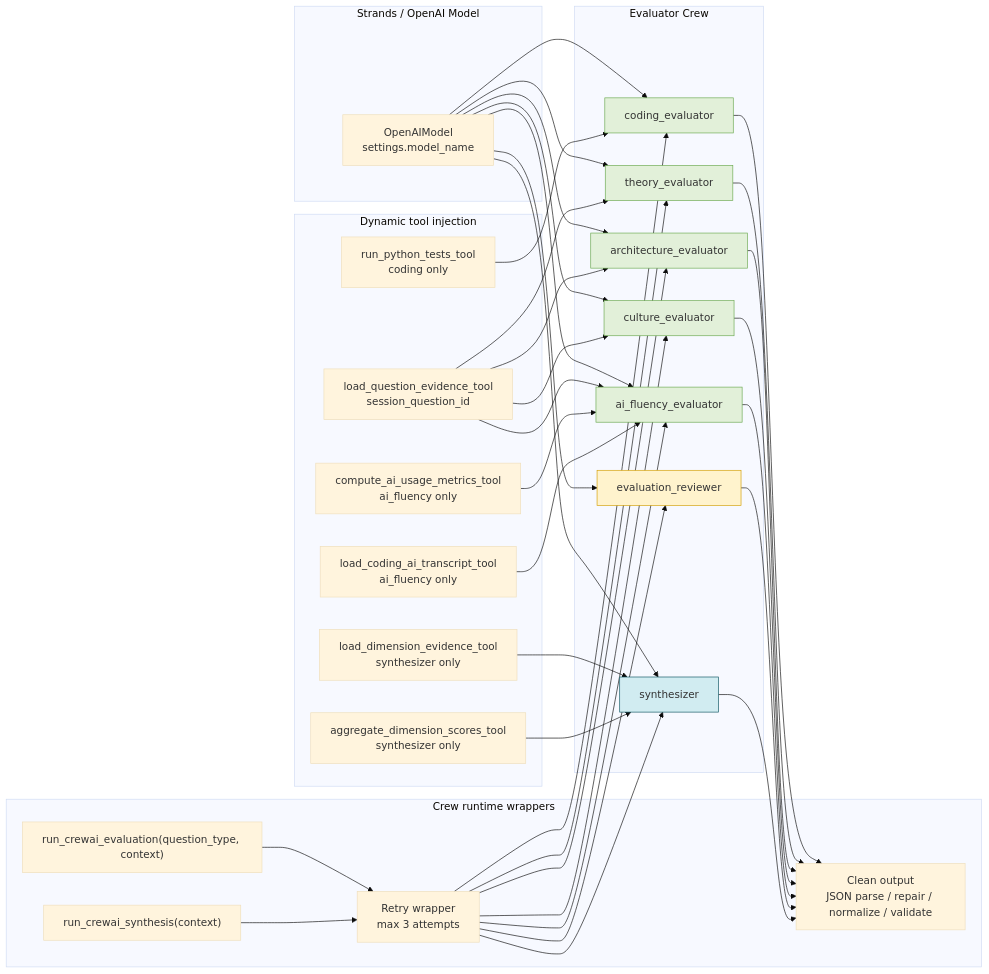
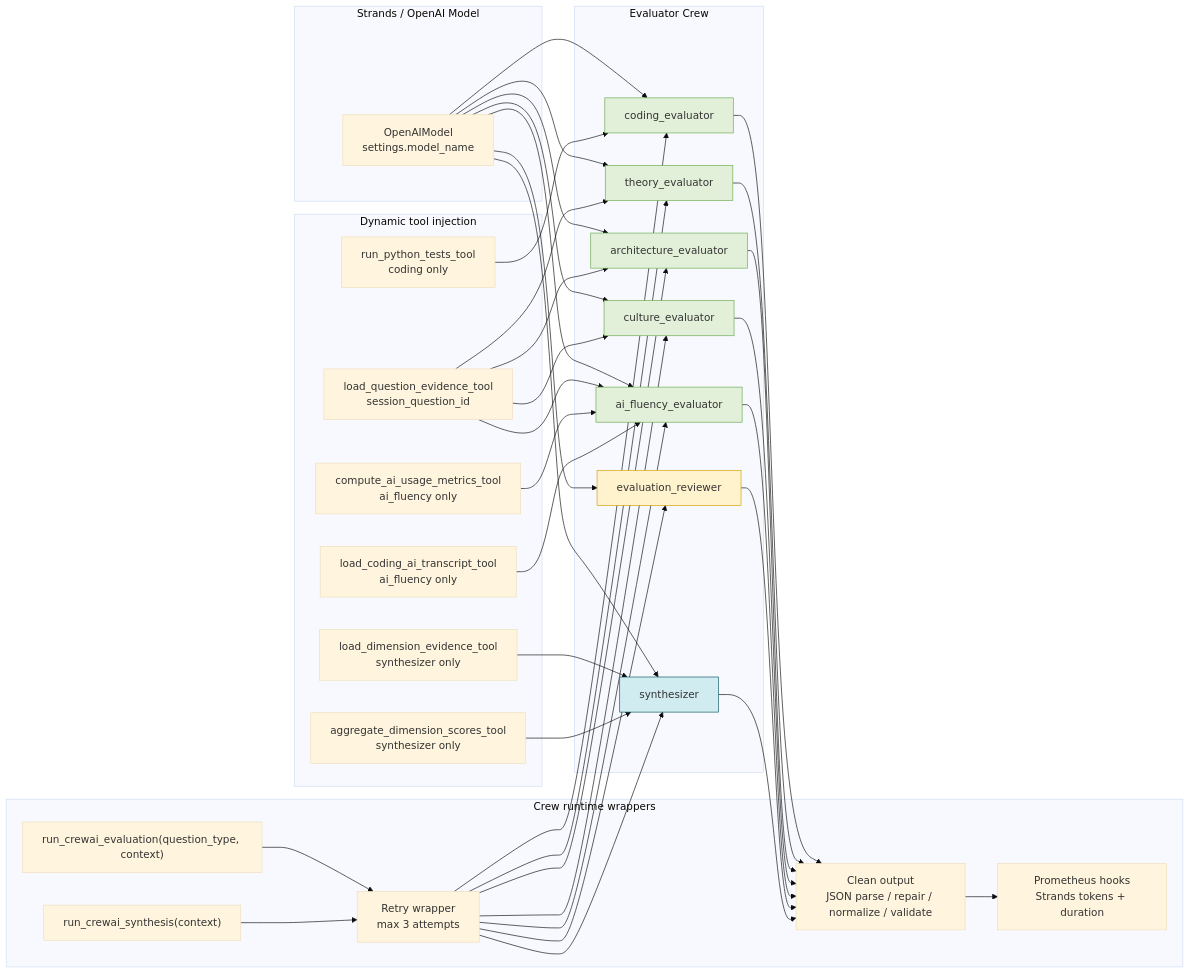
The diagram in mvp-assessment/docs/diagrams/agent-graph.md (PieterJDSw/cohort10), drawn with Mermaid (base theme) before and after one commit. The commit also changed other lines of this file and 389 other files, not shown here.

````diff
--- a/mvp-assessment/docs/diagrams/agent-graph.md
+++ b/mvp-assessment/docs/diagrams/agent-graph.md
@@ -5,76 +5,78 @@
 ```mermaid
 flowchart LR
     subgraph ENTRY["Crew runtime wrappers"]
         EVALRUN["run_crewai_evaluation(question_type, context)"]
         SYNRUN["run_crewai_synthesis(context)"]
         RETRY["Retry wrapper<br/>max 3 attempts"]
         PARSE["Clean output<br/>JSON parse / repair / normalize / validate"]
+        METRICS["Prometheus hooks<br/>Strands tokens + duration"]
     end
 
     subgraph LLM["Strands / OpenAI Model"]
         MODEL["OpenAIModel<br/>settings.model_name"]
     end
 
     subgraph AGENTS["Evaluator Crew"]
         CODING["coding_evaluator"]
         THEORY["theory_evaluator"]
         ARCH["architecture_evaluator"]
         CULTURE["culture_evaluator"]
         AI["ai_fluency_evaluator"]
         REVIEWER["evaluation_reviewer"]
         SYNTH["synthesizer"]
     end
 
     subgraph TOOLS["Dynamic tool injection"]
         CODETEST["run_python_tests_tool<br/>coding only"]
         QUESTIONEVIDENCE["load_question_evidence_tool<br/>session_question_id"]
         AILOGS["compute_ai_usage_metrics_tool<br/>ai_fluency only"]
         CODINGTRANSCRIPT["load_coding_ai_transcript_tool<br/>ai_fluency only"]
         DIMEVIDENCE["load_dimension_evidence_tool<br/>synthesizer only"]
         AGGSCORES["aggregate_dimension_scores_tool<br/>synthesizer only"]
     end
 
     EVALRUN --> RETRY
     SYNRUN --> RETRY
     RETRY --> CODING
     RETRY --> THEORY
     RETRY --> ARCH
     RETRY --> CULTURE
     RETRY --> AI
     RETRY --> REVIEWER
     RETRY --> SYNTH
 
     MODEL --> CODING
     MODEL --> THEORY
     MODEL --> ARCH
     MODEL --> CULTURE
     MODEL --> AI
     MODEL --> REVIEWER
     MODEL --> SYNTH
 
     CODETEST --> CODING
     QUESTIONEVIDENCE --> THEORY
     QUESTIONEVIDENCE --> ARCH
     QUESTIONEVIDENCE --> CULTURE
     QUESTIONEVIDENCE --> AI
     AILOGS --> AI
     CODINGTRANSCRIPT --> AI
     DIMEVIDENCE --> SYNTH
     AGGSCORES --> SYNTH
 
     CODING --> PARSE
     THEORY --> PARSE
     ARCH --> PARSE
     CULTURE --> PARSE
     AI --> PARSE
     REVIEWER --> PARSE
     SYNTH --> PARSE
+    PARSE --> METRICS
 
     style REVIEWER fill:#fff3cd,stroke:#d39e00,color:#333
     style SYNTH fill:#d1ecf1,stroke:#0c5460,color:#333
     style CODING fill:#e2f0d9,stroke:#6aa84f,color:#333
     style THEORY fill:#e2f0d9,stroke:#6aa84f,color:#333
     style ARCH fill:#e2f0d9,stroke:#6aa84f,color:#333
     style CULTURE fill:#e2f0d9,stroke:#6aa84f,color:#333
     style AI fill:#e2f0d9,stroke:#6aa84f,color:#333
 ```
````
